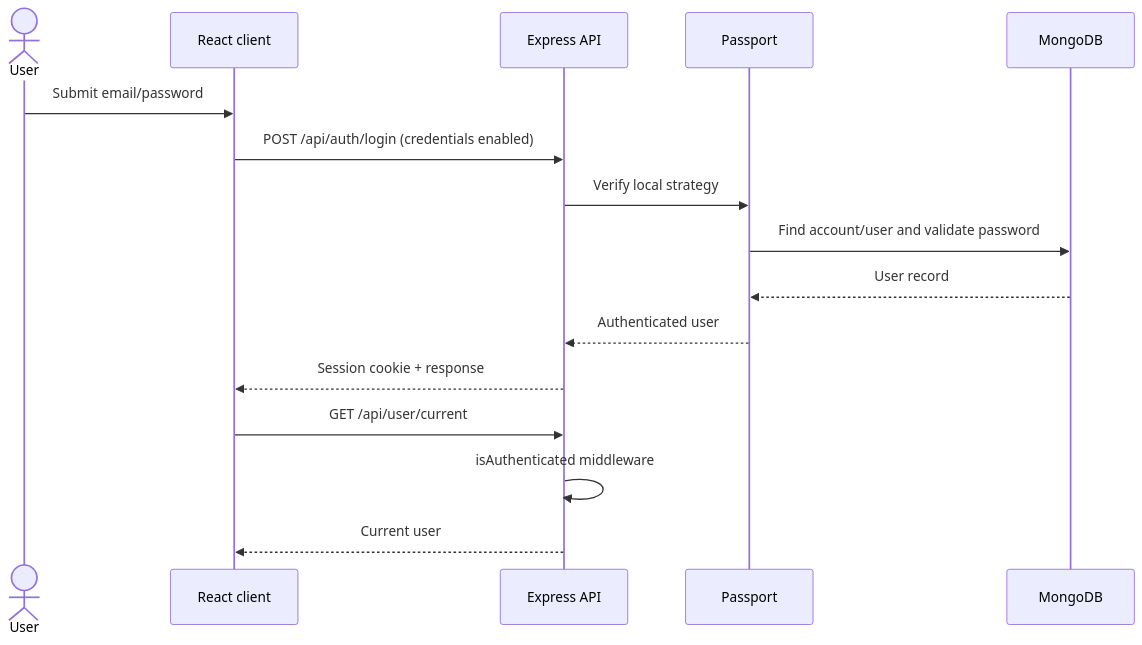
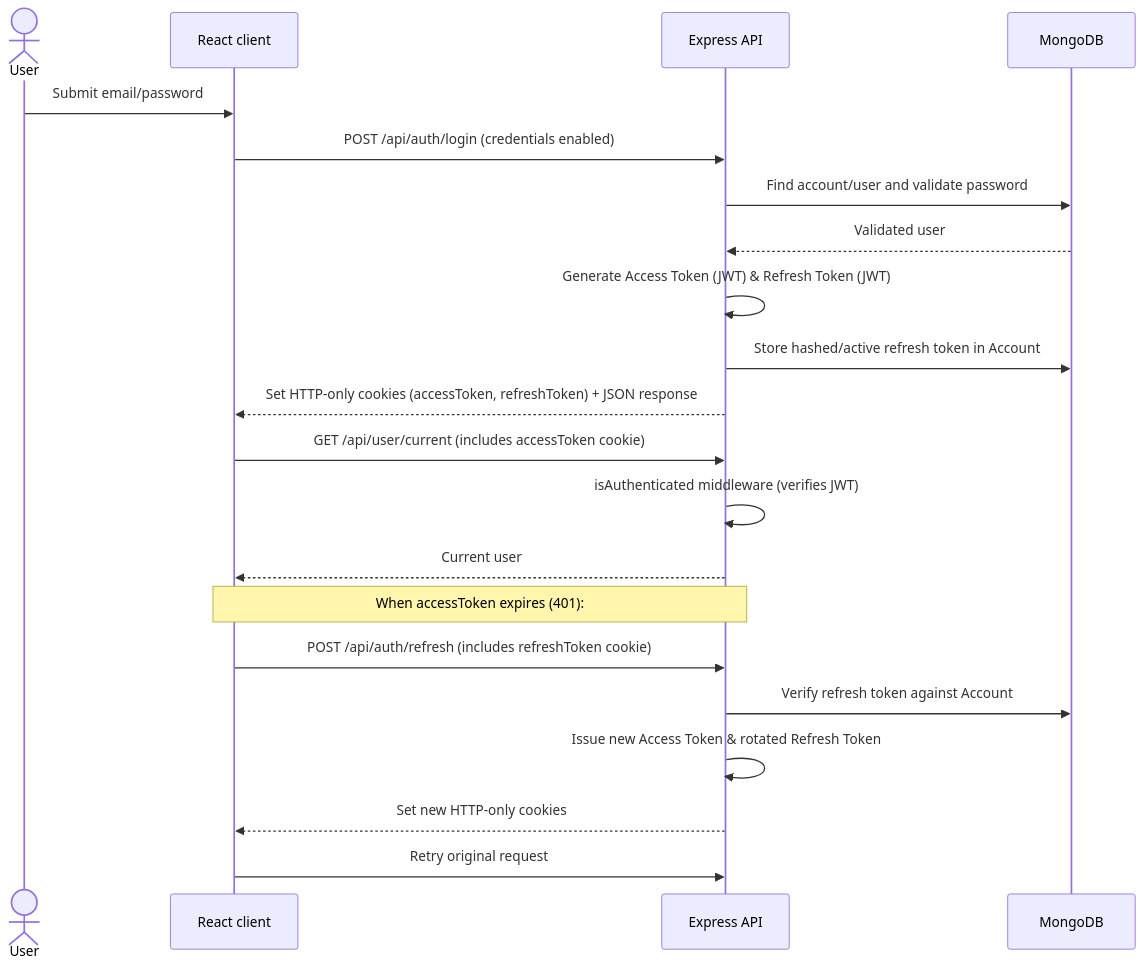
The third of 3 diagrams in ARCHITECTURE.md (ranajitKarmakar631/TeamNova), drawn with Mermaid before and after one commit. The commit also changed other lines of this file and 150 other files, not shown here.

Commit message:
feat: initialize backend and client application architecture with core modules and UI components

````diff
--- a/ARCHITECTURE.md
+++ b/ARCHITECTURE.md
@@ -161,18 +165,23 @@
 ```mermaid
 sequenceDiagram
   actor User
   participant UI as React client
   participant API as Express API
-  participant Passport
   participant DB as MongoDB
   User->>UI: Submit email/password
   UI->>API: POST /api/auth/login (credentials enabled)
-  API->>Passport: Verify local strategy
-  Passport->>DB: Find account/user and validate password
-  DB-->>Passport: User record
-  Passport-->>API: Authenticated user
-  API-->>UI: Session cookie + response
-  UI->>API: GET /api/user/current
-  API->>API: isAuthenticated middleware
+  API->>DB: Find account/user and validate password
+  DB-->>API: Validated user
+  API->>API: Generate Access Token (JWT) & Refresh Token (JWT)
+  API->>DB: Store hashed/active refresh token in Account
+  API-->>UI: Set HTTP-only cookies (accessToken, refreshToken) + JSON response
+  UI->>API: GET /api/user/current (includes accessToken cookie)
+  API->>API: isAuthenticated middleware (verifies JWT)
   API-->>UI: Current user
+  Note over UI,API: When accessToken expires (401):
+  UI->>API: POST /api/auth/refresh (includes refreshToken cookie)
+  API->>DB: Verify refresh token against Account
+  API->>API: Issue new Access Token & rotated Refresh Token
+  API-->>UI: Set new HTTP-only cookies
+  UI->>API: Retry original request
 ```
````
